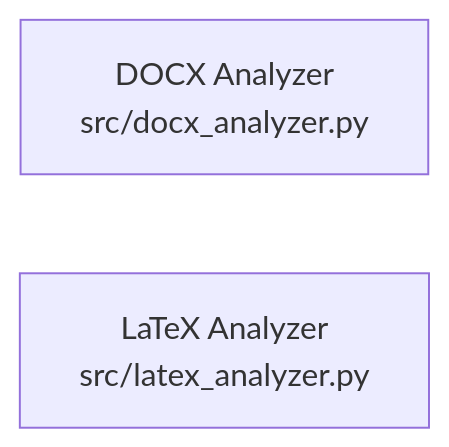
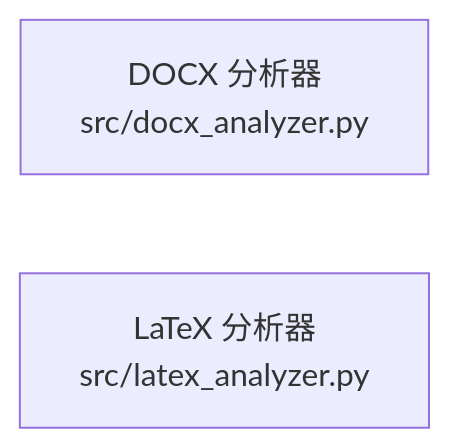
One commit to rayL-K/ToDOCX changed the diagram in .omm/dependency-map/analyzer-modules/diagram.mmd. Above: the diagram before and after it, drawn with Mermaid. The commit also changed 14 other files, not shown here.

Commit message:
将 omm 图面标签切换为中文

```diff
--- a/.omm/dependency-map/analyzer-modules/diagram.mmd
+++ b/.omm/dependency-map/analyzer-modules/diagram.mmd
@@ -1,3 +1,3 @@
 graph LR
-    docx-analyzer["DOCX Analyzer\nsrc/docx_analyzer.py"]
-    latex-analyzer["LaTeX Analyzer\nsrc/latex_analyzer.py"]
+    docx-analyzer["DOCX 分析器\nsrc/docx_analyzer.py"]
+    latex-analyzer["LaTeX 分析器\nsrc/latex_analyzer.py"]
```
